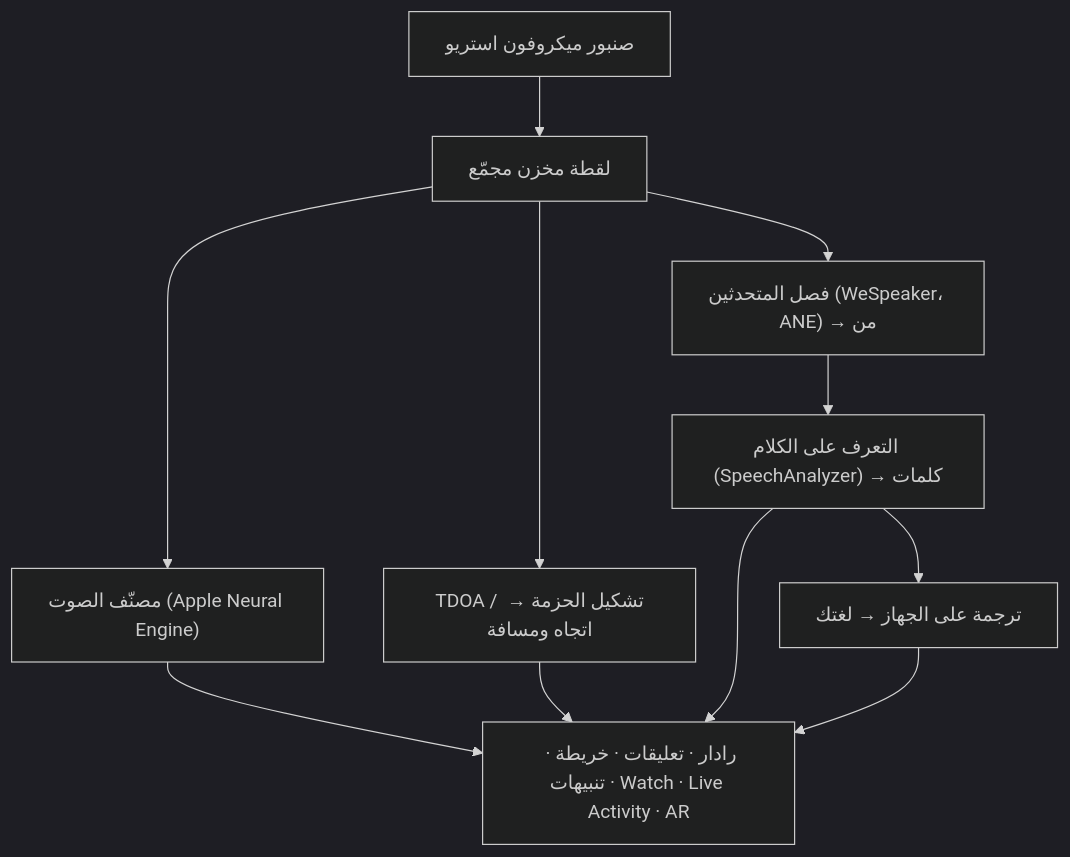
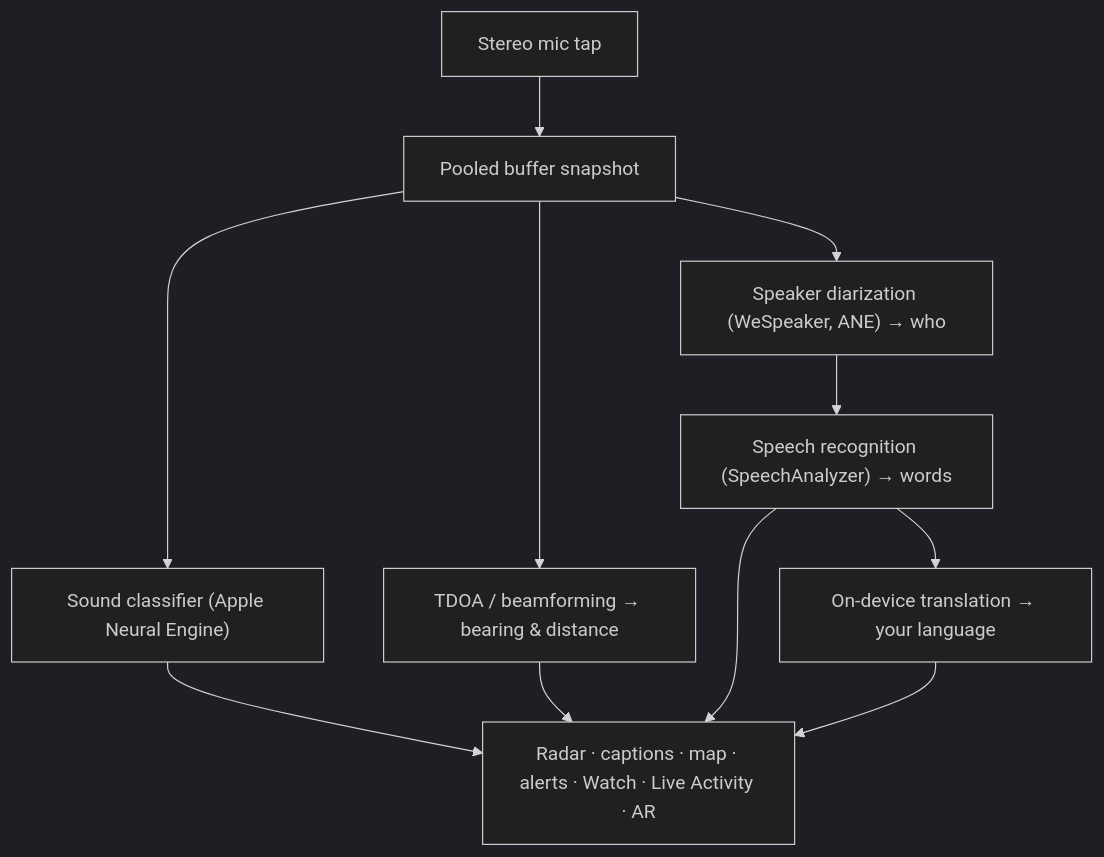
One commit to rpalm01-star/VigilantEarLegal changed the diagram in README_ar.md. Above: the diagram before and after it, drawn with Mermaid (dark theme). The commit also changed other lines of this file and 31 other files, not shown here.

````diff
--- a/README_ar.md
+++ b/README_ar.md
@@ -93,10 +93,10 @@
 ```mermaid
 graph TD
-    A["صنبور ميكروفون استريو"] --> B["لقطة مخزن مجمّع"]
-    B --> C["مصنّف الصوت (Apple Neural Engine)"]
-    B --> D["TDOA / تشكيل الحزمة → اتجاه ومسافة"]
-    B --> E["فصل المتحدثين (WeSpeaker، ANE) → من"]
-    E --> F["التعرف على الكلام (SpeechAnalyzer) → كلمات"]
-    F --> G["ترجمة على الجهاز → لغتك"]
-    C & D & F & G --> H["رادار · تعليقات · خريطة · تنبيهات · Watch · Live Activity · AR"]
+    A["Stereo mic tap"] --> B["Pooled buffer snapshot"]
+    B --> C["Sound classifier (Apple Neural Engine)"]
+    B --> D["TDOA / beamforming → bearing & distance"]
+    B --> E["Speaker diarization (WeSpeaker, ANE) → who"]
+    E --> F["Speech recognition (SpeechAnalyzer) → words"]
+    F --> G["On-device translation → your language"]
+    C & D & F & G --> H["Radar · captions · map · alerts · Watch · Live Activity · AR"]
 ```
````
